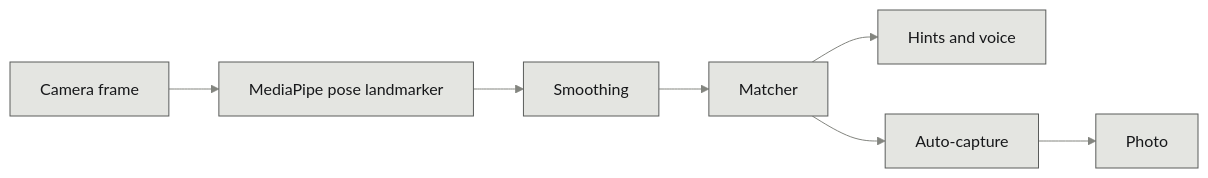
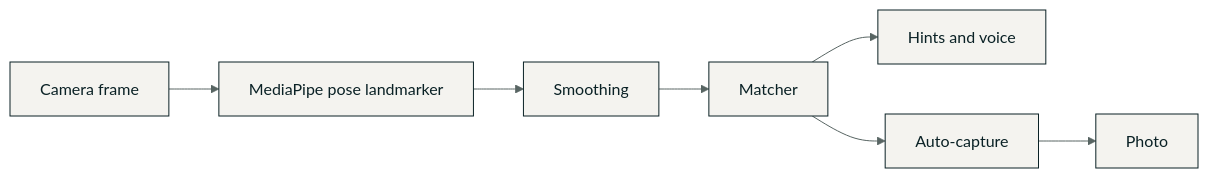
Before and after one commit to mdhaarishussain/Poseit: the diagram in README.md, drawn with Mermaid. The commit also changed other lines of this file and 16 other files, not shown here.

````diff
--- a/README.md
+++ b/README.md
@@ -131,10 +133,10 @@
 ```mermaid
-%%{init: {"theme": "base", "themeVariables": {"primaryColor": "#E4E5E1", "primaryTextColor": "#17181A", "primaryBorderColor": "#5A5C5B", "lineColor": "#83857F"}}}%%
+%%{init: {"theme": "base", "themeVariables": {"primaryColor": "#F4F3EF", "primaryTextColor": "#0A2125", "primaryBorderColor": "#0A2125", "lineColor": "#586563"}}}%%
 flowchart LR
     frame["Camera frame"] --> landmarker["MediaPipe pose landmarker"]
     landmarker --> smoothing["Smoothing"]
     smoothing --> matcher["Matcher"]
     matcher --> hints["Hints and voice"]
     matcher --> capture["Auto-capture"]
     capture --> photo["Photo"]
 ```
````
